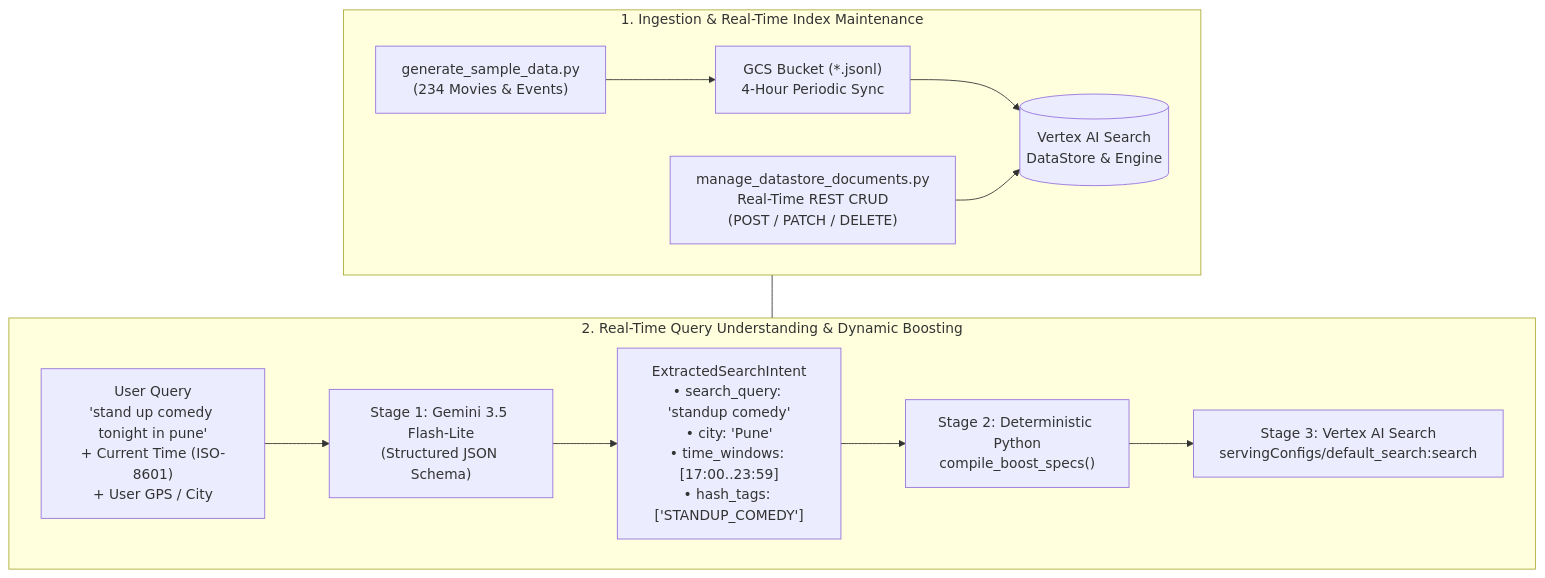
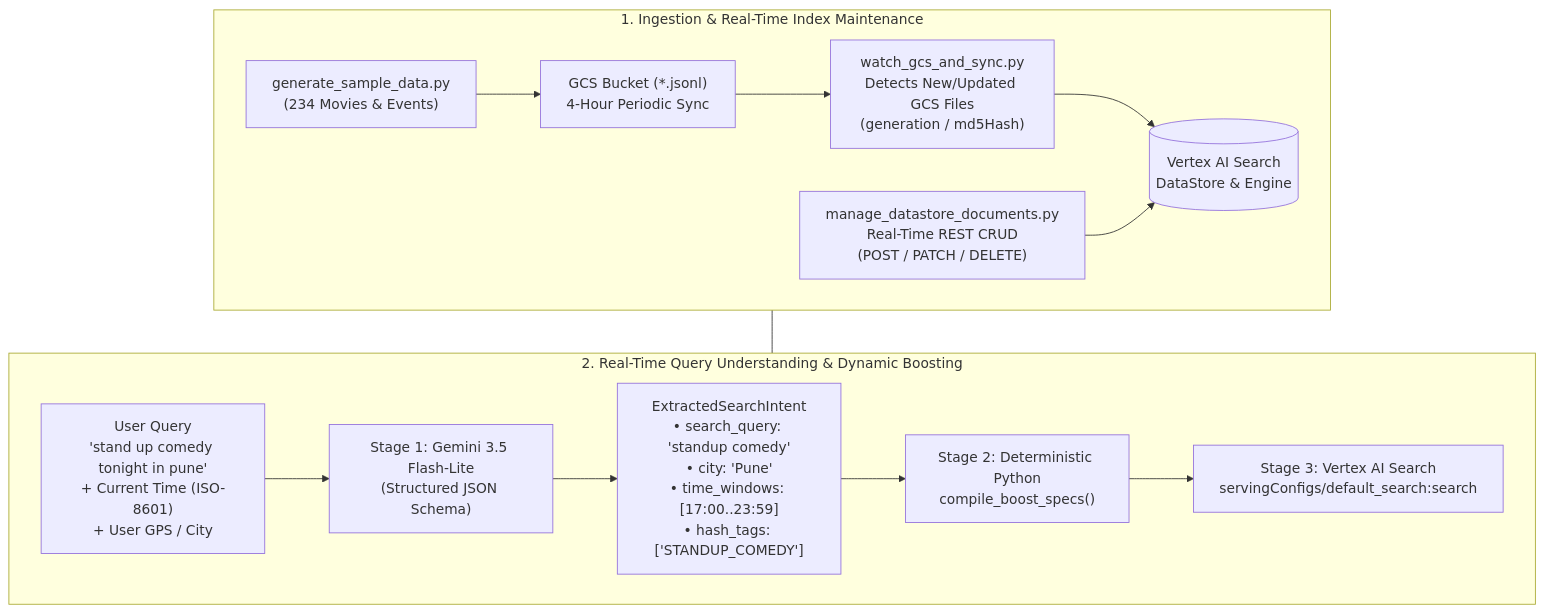
The diagram in README.md (aksstar/Agent-Search), drawn with Mermaid before and after one commit. The commit also changed other lines of this file and 2 other files, not shown here.

Commit message:
Add GCS folder watcher (watch_gcs_and_sync.py) for automatic DataStore sync on new file upload

````diff
--- a/README.md
+++ b/README.md
@@ -45,19 +47,20 @@
 ```mermaid
 flowchart TB
     subgraph Ingestion["1. Ingestion & Real-Time Index Maintenance"]
         direction LR
         GEN["generate_sample_data.py\n(234 Movies & Events)"] --> JSONL["GCS Bucket (*.jsonl)\n4-Hour Periodic Sync"]
-        JSONL --> DS[("Vertex AI Search\nDataStore & Engine")]
+        JSONL --> WATCH["watch_gcs_and_sync.py\nDetects New/Updated GCS Files\n(generation / md5Hash)"]
+        WATCH --> DS[("Vertex AI Search\nDataStore & Engine")]
         CRUD["manage_datastore_documents.py\nReal-Time REST CRUD\n(POST / PATCH / DELETE)"] --> DS
     end
 
     subgraph QueryPlane["2. Real-Time Query Understanding & Dynamic Boosting"]
         direction LR
         UQ["User Query\n'stand up comedy tonight in pune'\n+ Current Time (ISO-8601)\n+ User GPS / City"] --> LLM["Stage 1: Gemini 3.5 Flash-Lite\n(Structured JSON Schema)"]
         LLM --> INTENT["ExtractedSearchIntent\n• search_query: 'standup comedy'\n• city: 'Pune'\n• time_windows: [17:00..23:59]\n• hash_tags: ['STANDUP_COMEDY']"]
         INTENT --> COMP["Stage 2: Deterministic Python\ncompile_boost_specs()"]
         COMP --> SEARCH["Stage 3: Vertex AI Search\nservingConfigs/default_search:search"]
     end
 
     DS --- SEARCH
 ```
````
